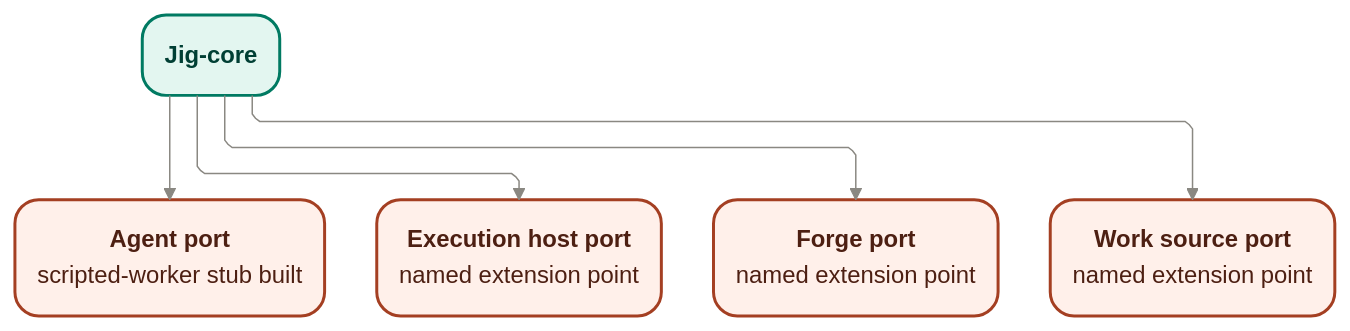
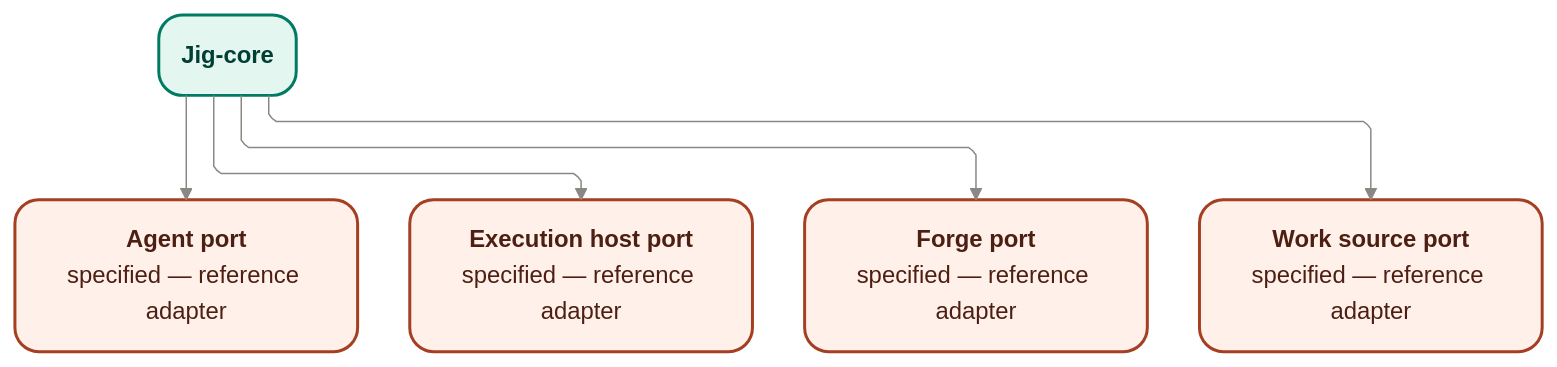
Before and after one commit to agentic-workflow-kit/jig: the diagram in docs/design/contracts/providers.md, drawn with Mermaid. The commit also changed other lines of this file and 22 other files, not shown here.

````diff
--- a/docs/design/contracts/providers.md
+++ b/docs/design/contracts/providers.md
@@ -48,42 +48,42 @@
 ```mermaid
 %%{init: {
   "theme": "base",
   "themeVariables": {
     "fontFamily": "Inter, Arial, sans-serif",
     "primaryTextColor": "#2b2b2b",
     "lineColor": "#8a8882",
     "edgeLabelBackground": "#ffffff",
     "clusterBkg": "#fbfaf7",
     "clusterBorder": "#b8b8b1",
     "clusterTextColor": "#2b2b2b"
   },
   "flowchart": {
     "htmlLabels": false,
     "curve": "linear",
     "nodeSpacing": 40,
     "rankSpacing": 45,
     "defaultRenderer": "elk"
   }
 }}%%
 flowchart TB
 
   core("`**Jig-core**`")
   agent("`**Agent port**
-scripted-worker stub built`")
+specified — reference adapter`")
   host("`**Execution host port**
-named extension point`")
+specified — reference adapter`")
   forge("`**Forge port**
-named extension point`")
+specified — reference adapter`")
   source("`**Work source port**
-named extension point`")
+specified — reference adapter`")
 
   core --> agent
   core --> host
   core --> forge
   core --> source
 
   classDef coreBox fill:#e3f6f0,stroke:#007a62,stroke-width:2px,color:#003f34,rx:16,ry:16;
   classDef seamBox fill:#fff0ea,stroke:#a43f22,stroke-width:2px,color:#4d1f12,rx:16,ry:16;
   class core coreBox;
   class agent,host,forge,source seamBox;
 ```
````
